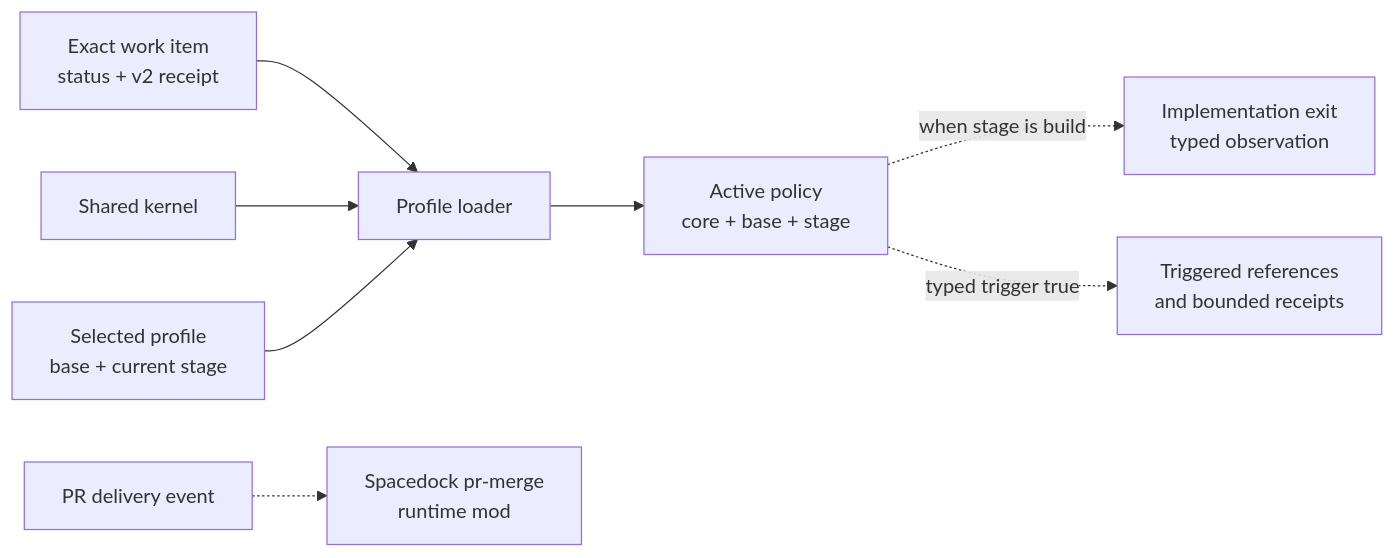
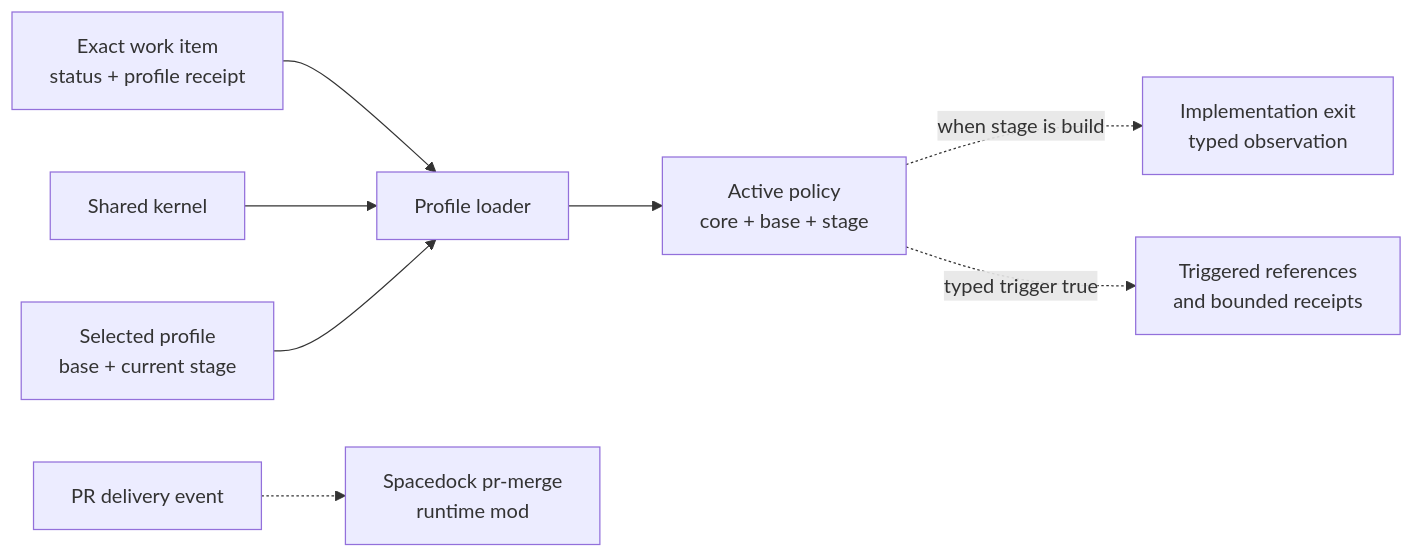
Before and after one commit to iamcxa/kc-claude-plugins: the first of 3 diagrams in ARCHITECTURE.md, drawn with Mermaid. The commit also changed other lines of this file, not shown here.

Commit message:
docs(kc-dev-flow): align architecture with v3 POC receipts

````diff
--- a/ARCHITECTURE.md
+++ b/ARCHITECTURE.md
@@ -32,10 +32,10 @@
 ```mermaid
 flowchart LR
-    W["Exact work item<br/>status + v2 receipt"] --> L[Profile loader]
+    W["Exact work item<br/>status + profile receipt"] --> L[Profile loader]
     K[Shared kernel] --> L
     P["Selected profile<br/>base + current stage"] --> L
     L --> C["Active policy<br/>core + base + stage"]
     C -. "when stage is build" .-> X["Implementation exit<br/>typed observation"]
     C -. "typed trigger true" .-> R["Triggered references<br/>and bounded receipts"]
     D["PR delivery event"] -.-> M["Spacedock pr-merge<br/>runtime mod"]
 ```
````
